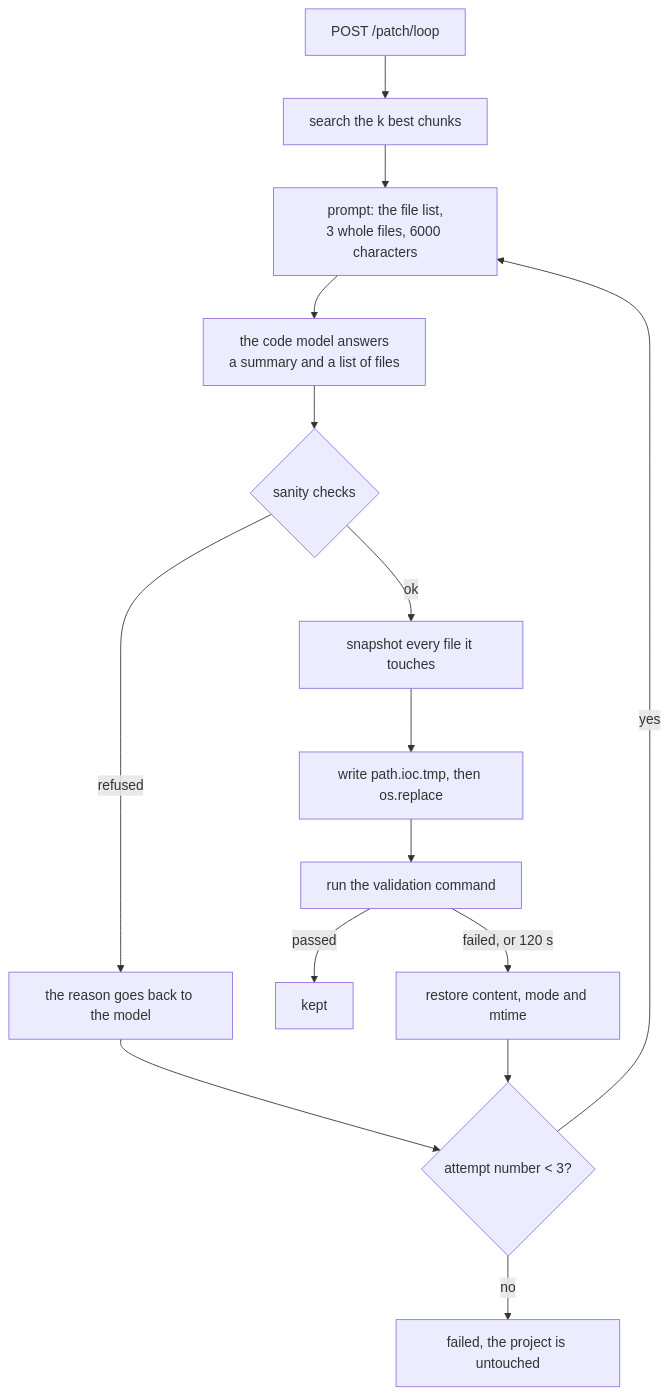
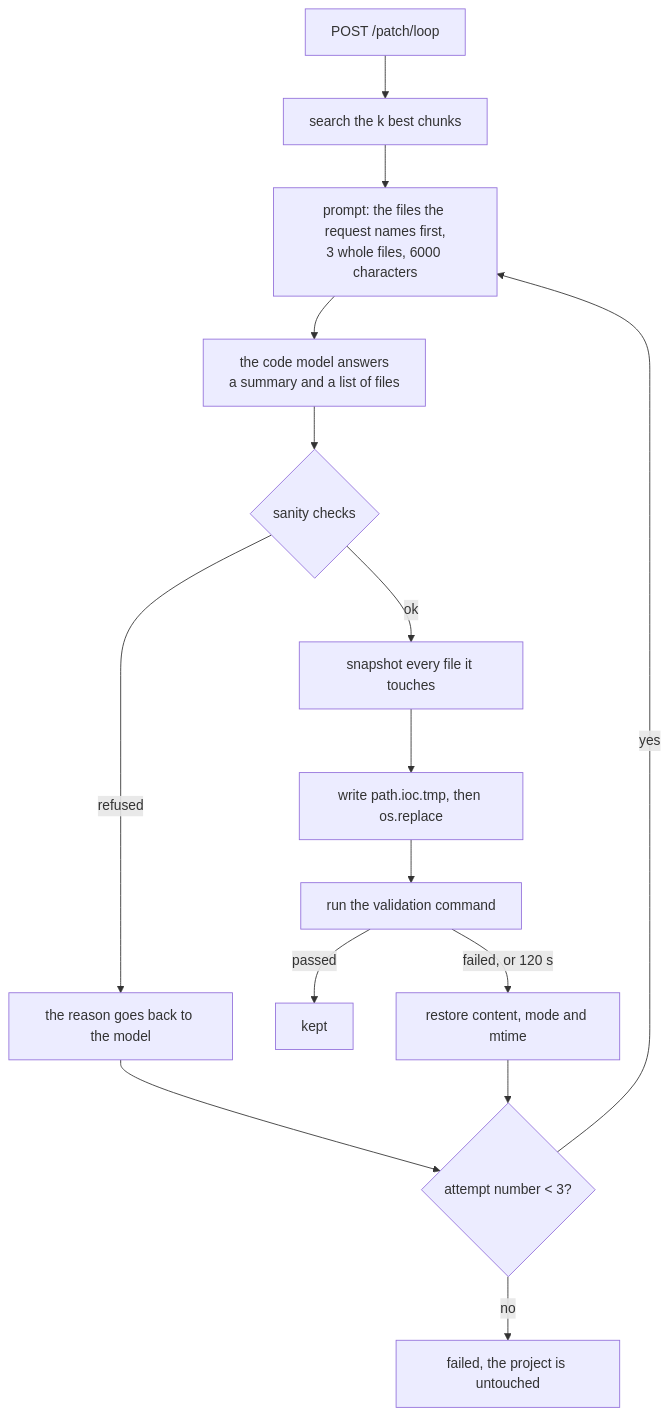
One commit to mofassa1/inception_of_context changed the ninth of 11 diagrams in README.md. Above: the diagram before and after it, drawn with Mermaid. The commit also changed other lines of this file and 44 other files, not shown here.

````diff
--- a/README.md
+++ b/README.md
@@ -273,17 +274,17 @@
 ```mermaid
 flowchart TD
     Q["POST /patch/loop"] --> SE["search the k best chunks"]
-    SE --> PR["prompt: the file list,<br/>3 whole files, 6000 characters"]
+    SE --> PR["prompt: the files the request names first,<br/>3 whole files, 6000 characters"]
     PR --> G["the code model answers<br/>a summary and a list of files"]
     G --> CK{"sanity checks"}
     CK -->|"refused"| FB["the reason goes back to the model"]
     FB --> N{"attempt number < 3?"}
     N -->|"yes"| PR
     N -->|"no"| KO["failed, the project is untouched"]
     CK -->|"ok"| SN["snapshot every file it touches"]
     SN --> AP["write path.ioc.tmp, then os.replace"]
     AP --> VA["run the validation command"]
     VA -->|"passed"| OK2["kept"]
     VA -->|"failed, or 120 s"| RB["restore content, mode and mtime"]
     RB --> N
 ```
````
